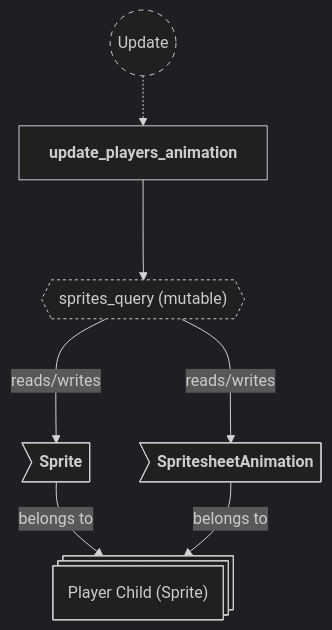
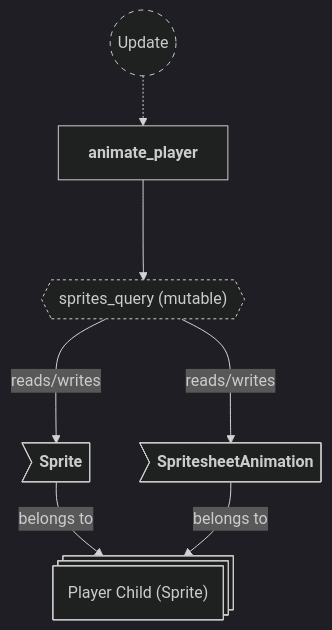
Before and after one commit to neurosoup/tyled: the eighth of 24 diagrams in backlog/docs/doc-5 - 004-Animations-plugin.md, drawn with Mermaid. The commit also changed other lines of this file and 4 other files, not shown here.

````diff
--- a/backlog/docs/doc-5 - 004-Animations-plugin.md
+++ b/backlog/docs/doc-5 - 004-Animations-plugin.md
@@ -331,26 +331,26 @@
 ```mermaid
 ---
 config:
   theme: dark
 ---
 
 flowchart TD
 classDef system-group stroke-dasharray: 5 5
 classDef query stroke-dasharray: 3 3
 
 update(("`Update`")):::system-group
-update_players_animation["`**update_players_animation**`"]
+animate_player["`**animate_player**`"]
 
-update -.-> update_players_animation
+update -.-> animate_player
 
 sprites_query{{"`sprites_query (mutable)`"}}:::query
-update_players_animation ---> sprites_query
+animate_player ---> sprites_query
 
 child_entity@{ shape: st-rect, label: "Player Child (Sprite)" }
 
 ce_sprite>"`**Sprite**`"] --> |belongs to| child_entity
 ce_anim>"`**SpritesheetAnimation**`"] --> |belongs to| child_entity
 
 sprites_query ---> |reads/writes| ce_sprite
 sprites_query ---> |reads/writes| ce_anim
 ```
````
